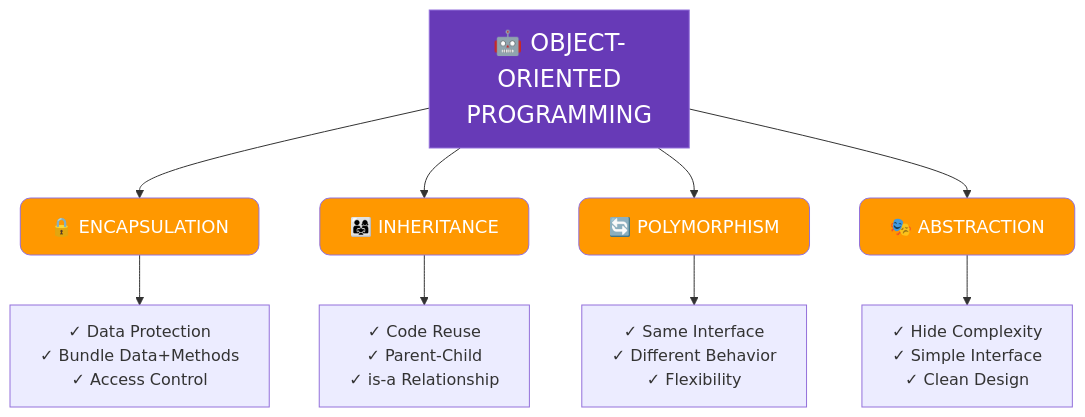
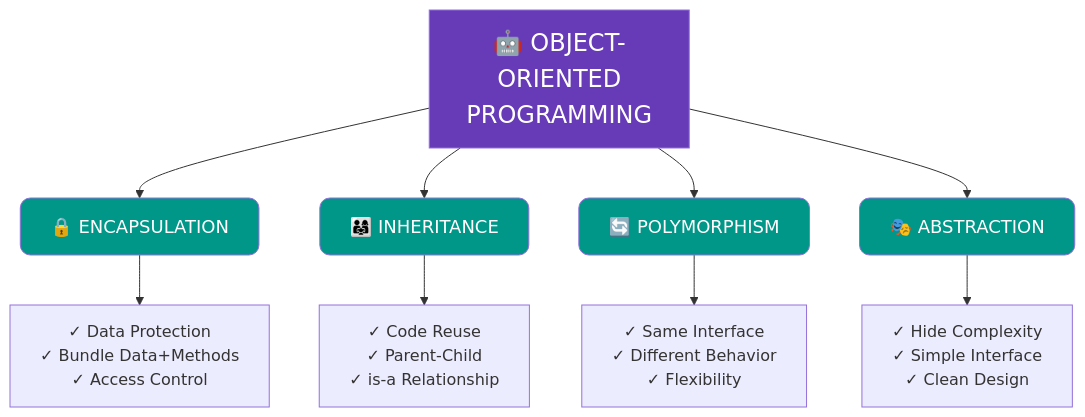
Before and after one commit to Lagmouchyoussef/Python-Practical-Works: the eighth of 21 diagrams in README.md, drawn with Mermaid. The commit also changed other lines of this file, not shown here.

````diff
--- a/README.md
+++ b/README.md
@@ -239,25 +228,22 @@
 ```mermaid
 flowchart TB
     OOP[🤖 OBJECT-ORIENTED<br/>PROGRAMMING]:::title
     
     P1[🔒 ENCAPSULATION]:::pillar
     P2[👨‍👩‍👧 INHERITANCE]:::pillar
     P3[🔄 POLYMORPHISM]:::pillar
     P4[🎭 ABSTRACTION]:::pillar
     
     OOP --> P1
     OOP --> P2
     OOP --> P3
     OOP --> P4
     
     P1 --> D1[✓ Data Protection<br/>✓ Bundle Data+Methods<br/>✓ Access Control]
     P2 --> D2[✓ Code Reuse<br/>✓ Parent-Child<br/>✓ is-a Relationship]
     P3 --> D3[✓ Same Interface<br/>✓ Different Behavior<br/>✓ Flexibility]
     P4 --> D4[✓ Hide Complexity<br/>✓ Simple Interface<br/>✓ Clean Design]
     
     classDef title fill:#673ab7,color:#fff,font-size:24px
     classDef pillar fill:#009688,color:#fff,font-size:18px,rx:10,ry:10
-    classDef pillar fill:#e91e63,color:#fff,font-size:18px,rx:10,ry:10
-    classDef pillar fill:#3f51b5,color:#fff,font-size:18px,rx:10,ry:10
-    classDef pillar fill:#ff9800,color:#fff,font-size:18px,rx:10,ry:10
 ```
````
